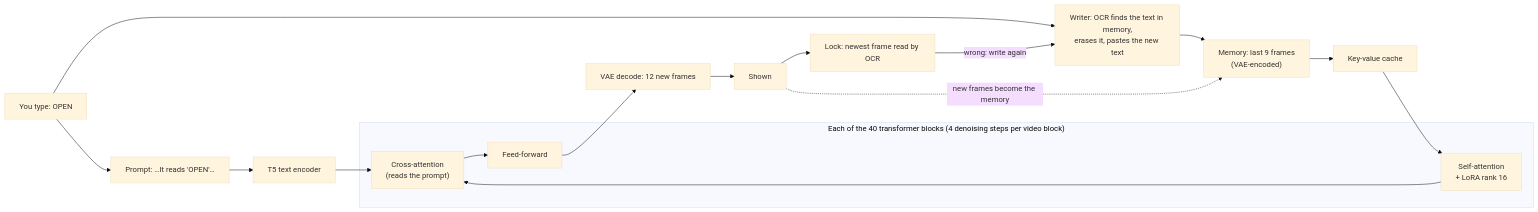
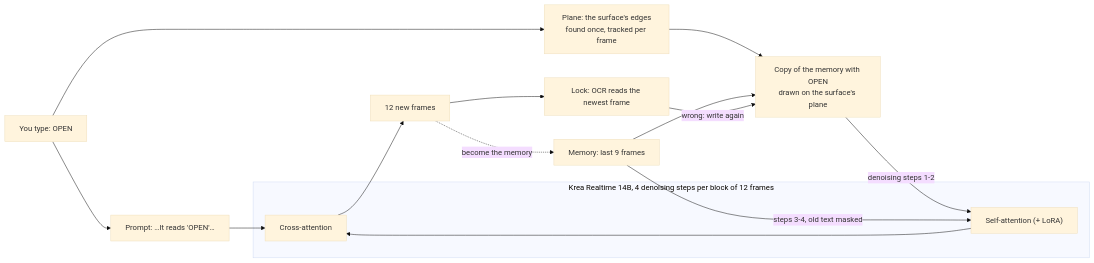
Before and after one commit to eladerez/krea-realtime-text: the diagram in README.md, drawn with Mermaid (base theme). The commit also changed other lines of this file and 57 other files, not shown here.

First line of the commit message:
Text on the surface's plane, shown for the first denoising steps; before/after and ablation

````diff
--- a/README.md
+++ b/README.md
@@ -22,14 +42,17 @@
 ```mermaid
 flowchart LR
     T["You type: OPEN"] --> P["Prompt: …It reads 'OPEN'…"]
-    P --> TE["T5 text encoder"] --> CA
-    T --> W["Writer: OCR finds the text in memory,<br/>erases it, pastes the new text"]
-    W --> M["Memory: last 9 frames<br/>(VAE-encoded)"] --> KV["Key-value cache"] --> SA
-    subgraph B["Each of the 40 transformer blocks (4 denoising steps per video block)"]
-        SA["Self-attention<br/>+ LoRA rank 16"] --> CA["Cross-attention<br/>(reads the prompt)"] --> FF["Feed-forward"]
+    P --> CA
+    T --> F["Plane: the surface's edges<br/>found once, tracked per frame"]
+    F --> C["Copy of the memory with OPEN<br/>drawn on the surface's plane"]
+    M["Memory: last 9 frames"] --> C
+    C -- "denoising steps 1-2" --> SA
+    M -- "steps 3-4, old text masked" --> SA
+    subgraph B["Krea Realtime 14B, 4 denoising steps per block of 12 frames"]
+        SA["Self-attention (+ LoRA)"] --> CA["Cross-attention"]
     end
-    FF --> D["VAE decode: 12 new frames"] --> S["Shown"]
-    S --> L["Lock: newest frame read by OCR"]
-    L -- "wrong: write again" --> W
-    S -. "new frames become the memory" .-> M
+    CA --> S["12 new frames"]
+    S --> L["Lock: OCR reads the newest frame"]
+    L -- "wrong: write again" --> C
+    S -. "become the memory" .-> M
 ```
````
